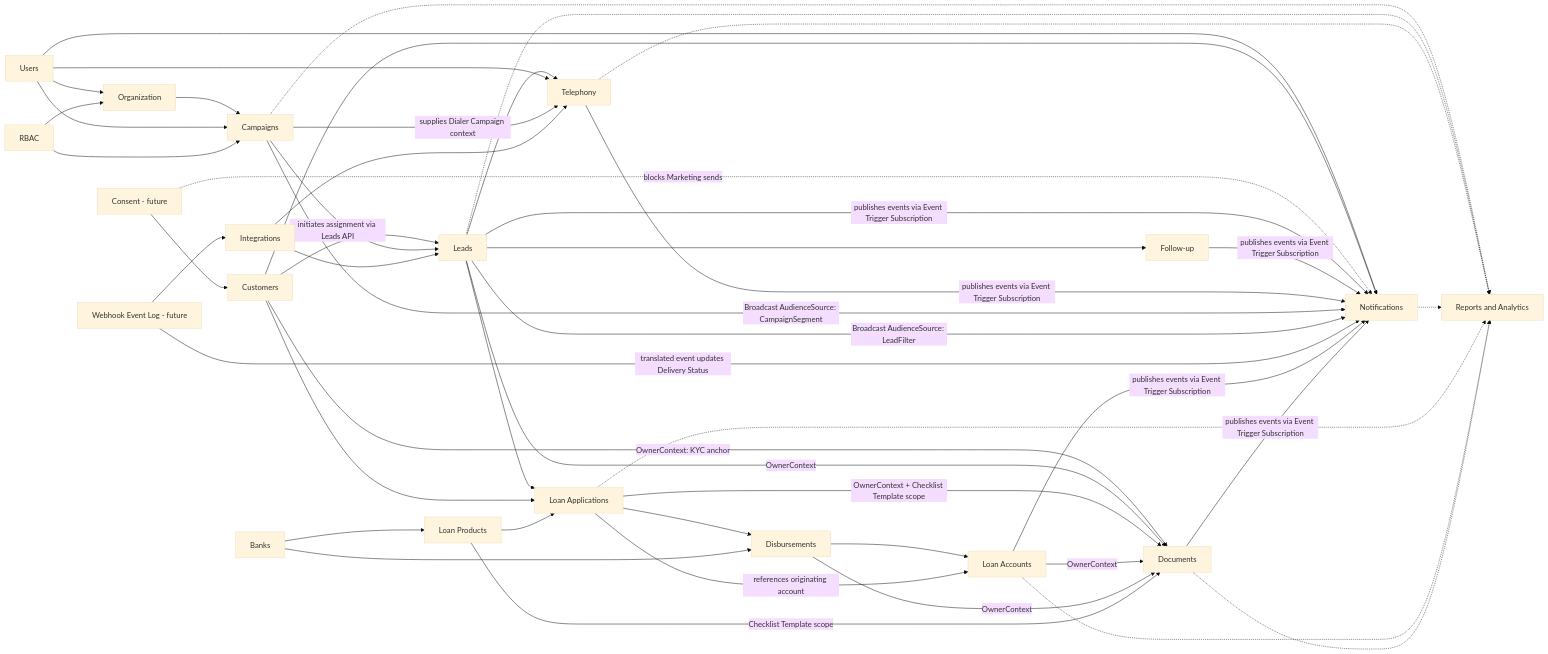
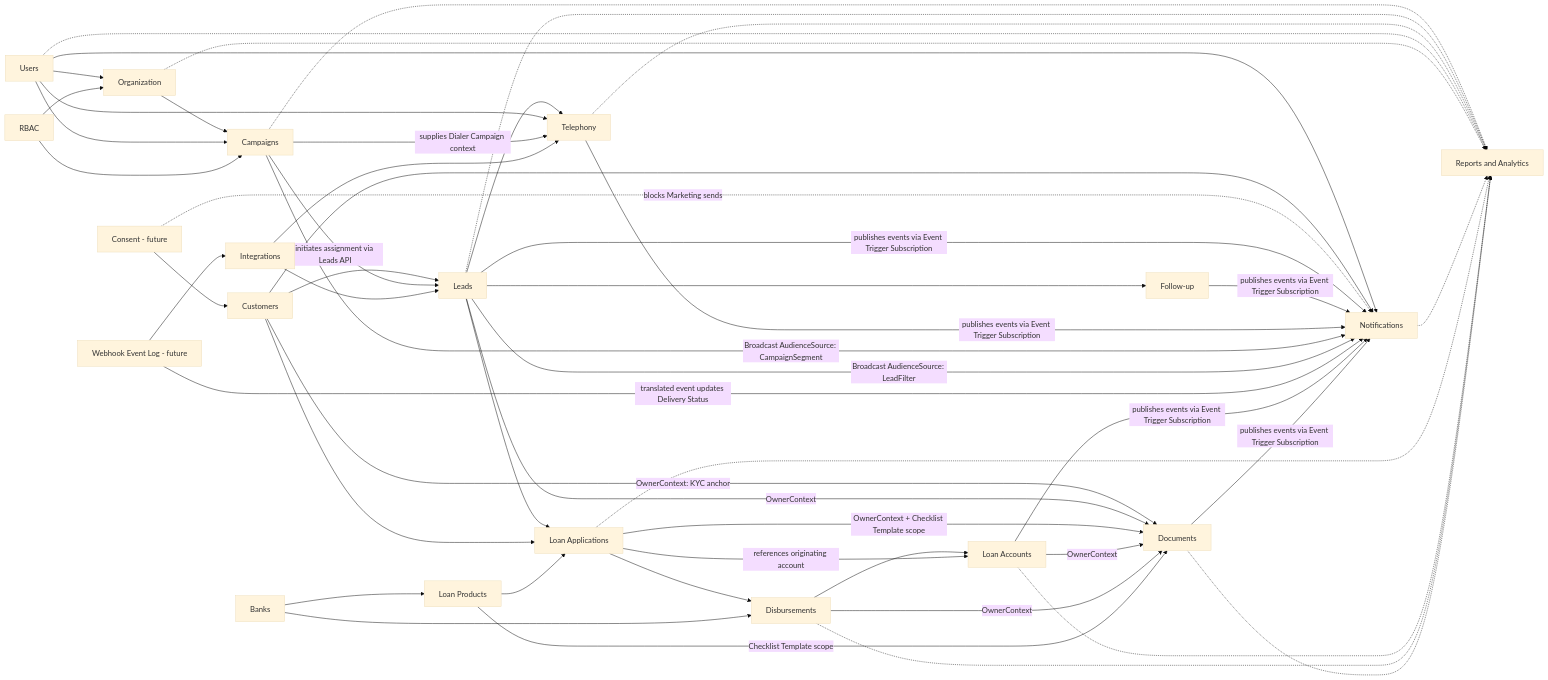
One commit to Mudraxcapital/mudrax-crm changed the diagram in docs/domain/domain-model.md. Above: the diagram before and after it, drawn with Mermaid (base theme). The commit also changed other lines of this file and 3 other files, not shown here.

Commit message:
feat: complete reports and analytics architecture

````diff
--- a/docs/domain/domain-model.md
+++ b/docs/domain/domain-model.md
@@ -854,51 +979,54 @@
 ```mermaid
 flowchart LR
   Users[Users] --> Organization[Organization]
   Rbac[RBAC] --> Organization
   Organization --> Campaigns[Campaigns]
   Users --> Campaigns
   Rbac --> Campaigns
   Customers[Customers] --> Leads[Leads]
   Campaigns -- initiates assignment via Leads API --> Leads
   Leads --> FollowUp[Follow-up]
   Leads --> Telephony[Telephony]
   Users --> Telephony
   Campaigns -- supplies Dialer Campaign context --> Telephony
   Campaigns -.-> Reports[Reports and Analytics]
   Leads -.-> Reports
   Telephony -.-> Reports
+  Users -.-> Reports
+  Organization -.-> Reports
   Consent[Consent - future] --> Customers
   Users --> Notifications[Notifications]
   Customers --> Notifications
   Consent -.->|blocks Marketing sends| Notifications
   Leads -- publishes events via Event Trigger Subscription --> Notifications
   FollowUp -- publishes events via Event Trigger Subscription --> Notifications
   Telephony -- publishes events via Event Trigger Subscription --> Notifications
   Campaigns -- Broadcast AudienceSource: CampaignSegment --> Notifications
   Leads -- Broadcast AudienceSource: LeadFilter --> Notifications
   Notifications -.-> Reports
   WebhookLog[Webhook Event Log - future] --> Integrations[Integrations]
   Integrations --> Leads
   Integrations --> Telephony
   WebhookLog -- translated event updates Delivery Status --> Notifications
   Leads --> LoanApplications[Loan Applications]
   Customers --> LoanApplications
   Banks[Banks] --> LoanProducts[Loan Products]
   LoanProducts --> LoanApplications
   LoanApplications --> Disbursements[Disbursements]
   Banks --> Disbursements
   Disbursements --> LoanAccounts[Loan Accounts]
   LoanApplications -- references originating account --> LoanAccounts
   LoanApplications -.-> Reports
   LoanAccounts -.-> Reports
+  Disbursements -.-> Reports
   Documents[Documents]
   Customers -- OwnerContext: KYC anchor --> Documents
   Leads -- OwnerContext --> Documents
   LoanApplications -- OwnerContext + Checklist Template scope --> Documents
   LoanAccounts -- OwnerContext --> Documents
   Disbursements -- OwnerContext --> Documents
   LoanProducts -- Checklist Template scope --> Documents
   Documents -.-> Reports
   LoanAccounts -- publishes events via Event Trigger Subscription --> Notifications
   Documents -- publishes events via Event Trigger Subscription --> Notifications
 ```
````
